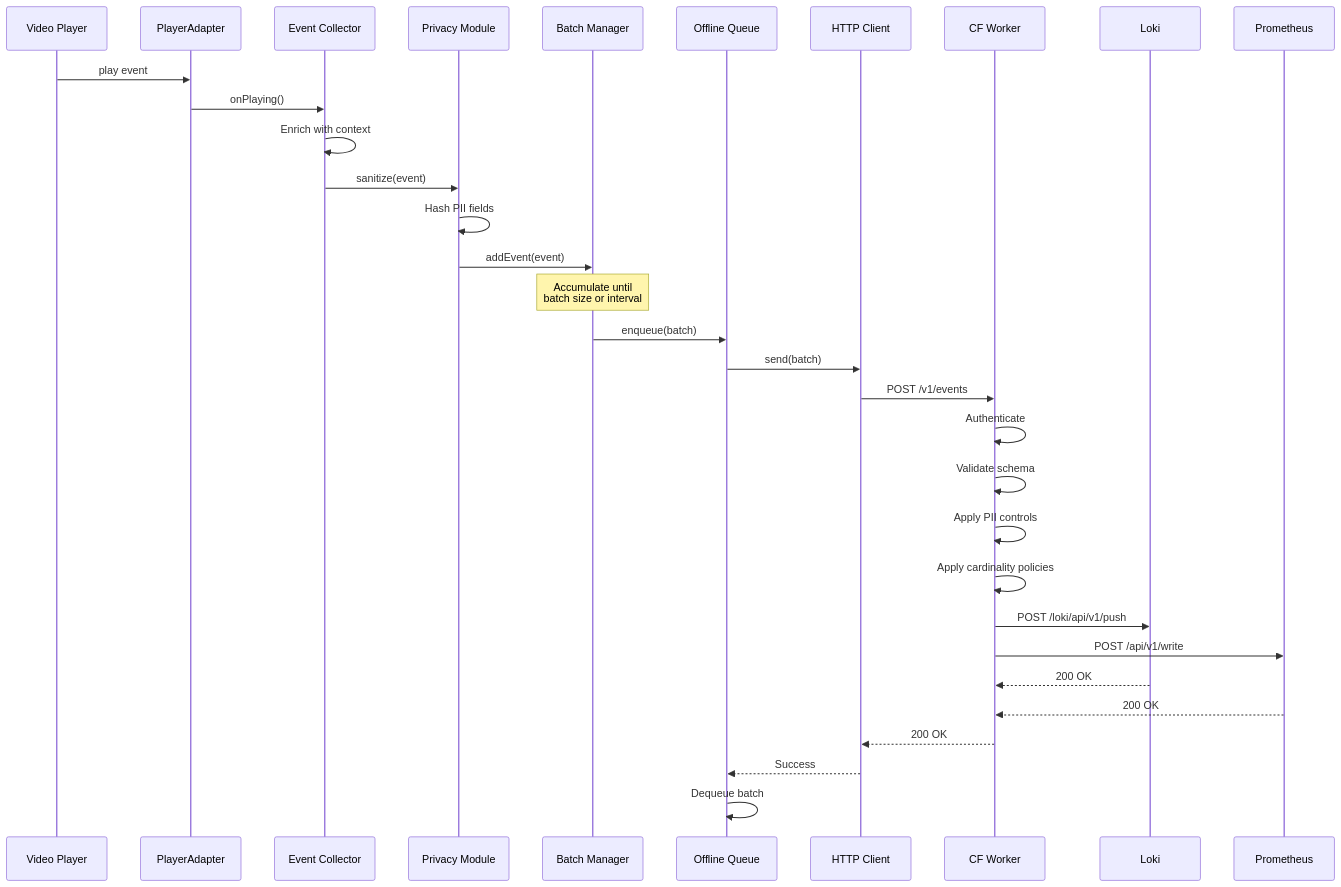
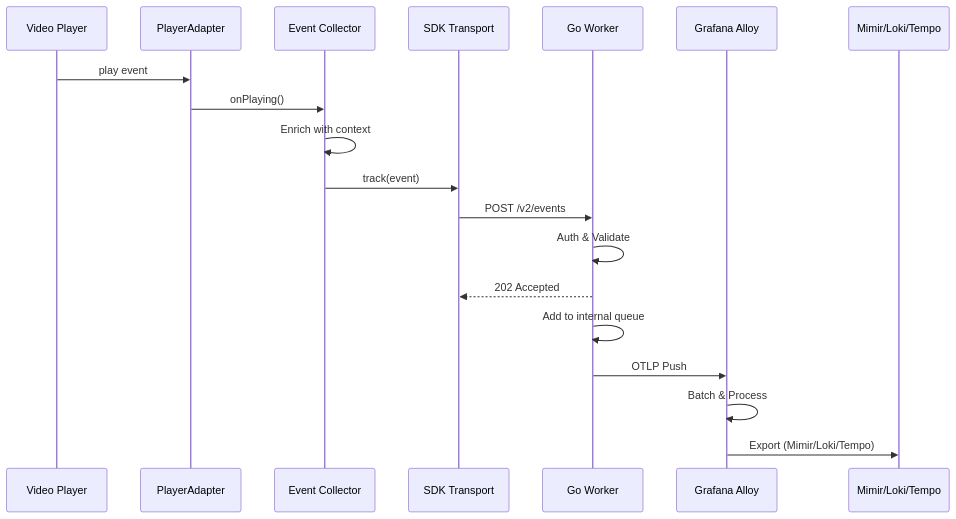
The fifth of 14 diagrams in docs/architecture.md (openqoe/openqoe-dev), drawn with Mermaid before and after one commit. The commit also changed other lines of this file and 12 other files, not shown here.

````diff
--- a/docs/architecture.md
+++ b/docs/architecture.md
@@ -307,39 +256,22 @@
 ```mermaid
 sequenceDiagram
     participant Player as Video Player
     participant Adapter as PlayerAdapter
     participant Collector as Event Collector
-    participant Privacy as Privacy Module
-    participant Batch as Batch Manager
-    participant Queue as Offline Queue
-    participant HTTP as HTTP Client
-    participant Worker as CF Worker
-    participant Loki as Loki
-    participant Prom as Prometheus
+    participant SDK as SDK Transport
+    participant Worker as Go Worker
+    participant Alloy as Grafana Alloy
+    participant Backends as Mimir/Loki/Tempo
 
     Player->>Adapter: play event
     Adapter->>Collector: onPlaying()
     Collector->>Collector: Enrich with context
-    Collector->>Privacy: sanitize(event)
-    Privacy->>Privacy: Hash PII fields
-    Privacy->>Batch: addEvent(event)
-
-    Note over Batch: Accumulate until<br/>batch size or interval
-
-    Batch->>Queue: enqueue(batch)
-    Queue->>HTTP: send(batch)
-    HTTP->>Worker: POST /v1/events
-
-    Worker->>Worker: Authenticate
-    Worker->>Worker: Validate schema
-    Worker->>Worker: Apply PII controls
-    Worker->>Worker: Apply cardinality policies
-    Worker->>Loki: POST /loki/api/v1/push
-    Worker->>Prom: POST /api/v1/write
-
-    Loki-->>Worker: 200 OK
-    Prom-->>Worker: 200 OK
-    Worker-->>HTTP: 200 OK
-    HTTP-->>Queue: Success
-    Queue->>Queue: Dequeue batch
+    Collector->>SDK: track(event)
+    SDK->>Worker: POST /v2/events
+    Worker->>Worker: Auth & Validate
+    Worker-->>SDK: 202 Accepted
+    Worker->>Worker: Add to internal queue
+    Worker->>Alloy: OTLP Push
+    Alloy->>Alloy: Batch & Process
+    Alloy->>Backends: Export (Mimir/Loki/Tempo)
 ```
````
